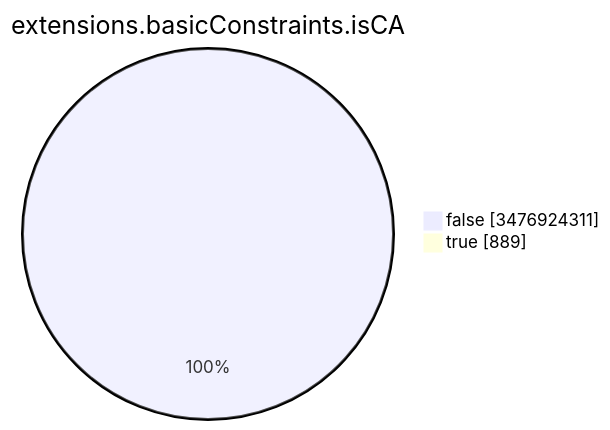
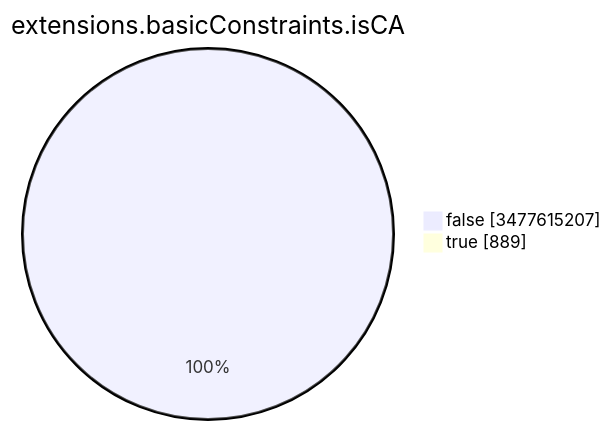
Before and after one commit to christiankrug/ctmonitor_visualization: the seventh of 15 diagrams in TOTAL/README.md, drawn with Mermaid. The commit also changed other lines of this file, not shown here.

````diff
--- a/TOTAL/README.md
+++ b/TOTAL/README.md
@@ -3093,6 +3093,6 @@
 ```mermaid
 pie showData
 title extensions.basicConstraints.isCA
-"false" :3476924311
+"false" :3477615207
 "true" :889
 ```
````
